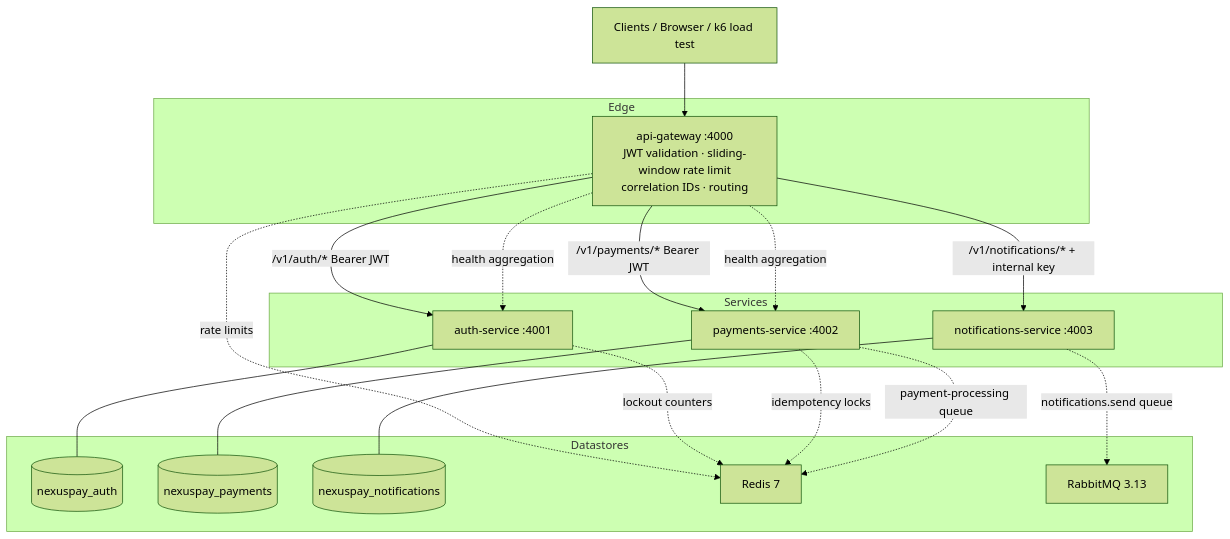
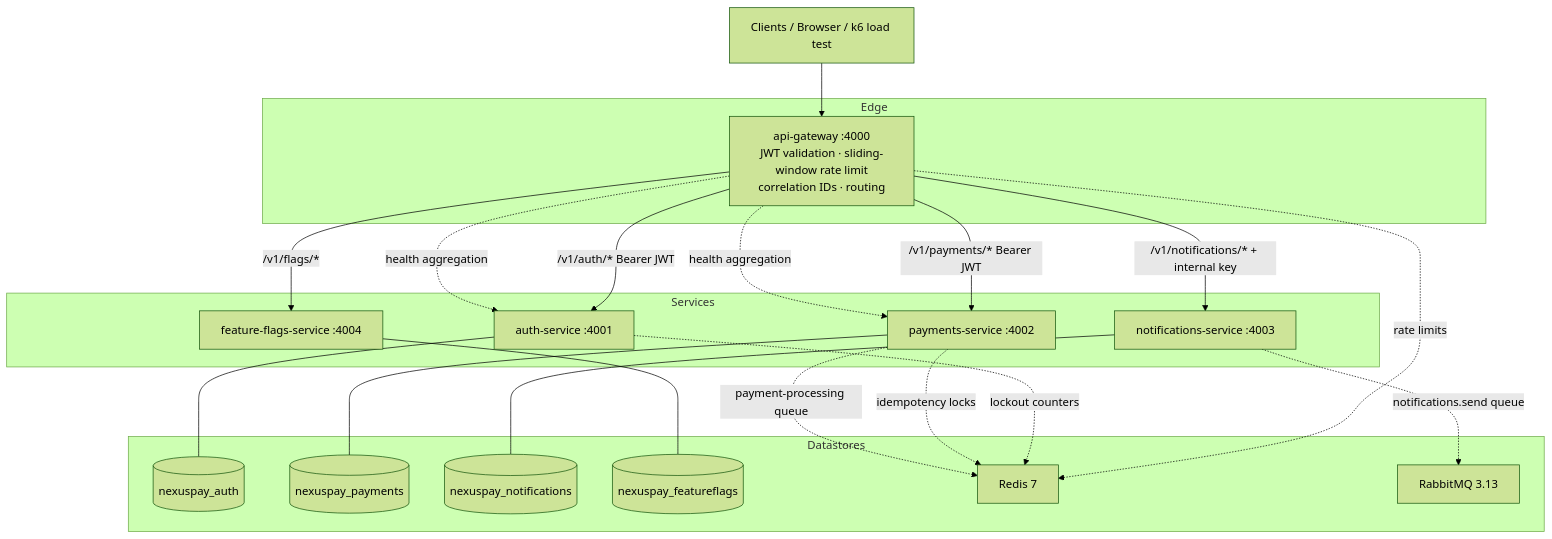
Before and after one commit to cypher682/nexuspay-platform: the diagram in docs/architecture.md, drawn with Mermaid (forest theme). The commit also changed 7 other files, not shown here.

Commit message:
docs(feature-flags): document live deployment and update service inventory

````diff
--- a/docs/architecture.md
+++ b/docs/architecture.md
@@ -5,37 +5,41 @@
 ```mermaid
 flowchart TB
     Client[Clients / Browser / k6 load test]
 
     subgraph Edge
         GW[api-gateway :4000<br/>JWT validation · sliding-window rate limit<br/>correlation IDs · routing]
     end
 
     subgraph Services
         AUTH[auth-service :4001]
         PAY[payments-service :4002]
         NOTIF[notifications-service :4003]
+        FF[feature-flags-service :4004]
     end
 
     subgraph Datastores
         PG1[(nexuspay_auth)]
         PG2[(nexuspay_payments)]
         PG3[(nexuspay_notifications)]
+        PG4[(nexuspay_featureflags)]
         RD[Redis 7]
         MQ[RabbitMQ 3.13]
     end
 
     Client --> GW
     GW -->|/v1/auth/* Bearer JWT| AUTH
     GW -->|/v1/payments/* Bearer JWT| PAY
     GW -->|/v1/notifications/* + internal key| NOTIF
+    GW -->|/v1/flags/*| FF
     GW -.->|rate limits| RD
     GW -.->|health aggregation| AUTH & PAY
 
     AUTH --- PG1
     AUTH -.->|lockout counters| RD
     PAY --- PG2
     PAY -.->|idempotency locks| RD
     PAY -.->|payment-processing queue| RD
     NOTIF --- PG3
+    FF --- PG4
     NOTIF -.->|notifications.send queue| MQ
 ```
````
